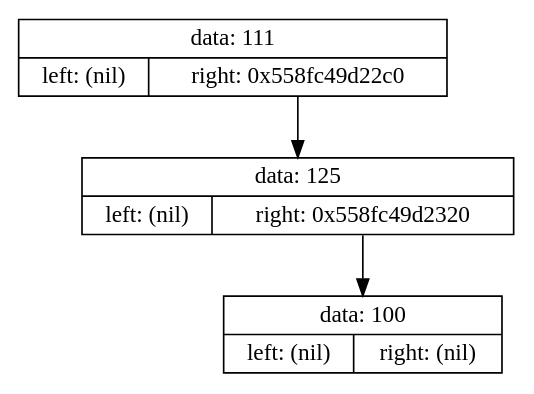
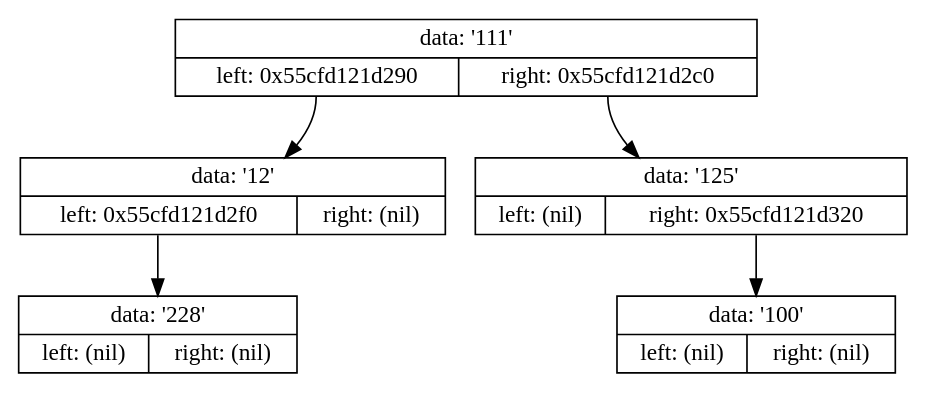
Before and after one commit to Shishqa/MIPT_1sem_C_lang: the diagram in Projects/6.Binary_Tree/tmp/tempautogeneratedlog.gv, drawn with Graphviz. The commit also changed 7 other files, not shown here.

```diff
--- a/Projects/6.Binary_Tree/tmp/tempautogeneratedlog.gv
+++ b/Projects/6.Binary_Tree/tmp/tempautogeneratedlog.gv
@@ -1,9 +1,13 @@
 digraph dump
 {
-	node0x558fc49d2260 [shape = "record", label = "{<f1>data: 111|{<f2>left: (nil)|<f3>right: 0x558fc49d22c0}}"];
-	node0x558fc49d22c0 [shape = "record", label = "{<f1>data: 125|{<f2>left: (nil)|<f3>right: 0x558fc49d2320}}"];
-	node0x558fc49d2320 [shape = "record", label = "{<f1>data: 100|{<f2>left: (nil)|<f3>right: (nil)}}"];
-	node0x558fc49d22c0:f3 -> node0x558fc49d2320
-	node0x558fc49d2260:f3 -> node0x558fc49d22c0
+	node0x55cfd121d260 [shape = "record", label = "{<f1>data: '111'|{<f2>left: 0x55cfd121d290|<f3>right: 0x55cfd121d2c0}}"];
+	node0x55cfd121d290 [shape = "record", label = "{<f1>data: '12'|{<f2>left: 0x55cfd121d2f0|<f3>right: (nil)}}"];
+	node0x55cfd121d2f0 [shape = "record", label = "{<f1>data: '228'|{<f2>left: (nil)|<f3>right: (nil)}}"];
+	node0x55cfd121d290:f2 -> node0x55cfd121d2f0
+	node0x55cfd121d260:f2 -> node0x55cfd121d290
+	node0x55cfd121d2c0 [shape = "record", label = "{<f1>data: '125'|{<f2>left: (nil)|<f3>right: 0x55cfd121d320}}"];
+	node0x55cfd121d320 [shape = "record", label = "{<f1>data: '100'|{<f2>left: (nil)|<f3>right: (nil)}}"];
+	node0x55cfd121d2c0:f3 -> node0x55cfd121d320
+	node0x55cfd121d260:f3 -> node0x55cfd121d2c0
 
 }
```
